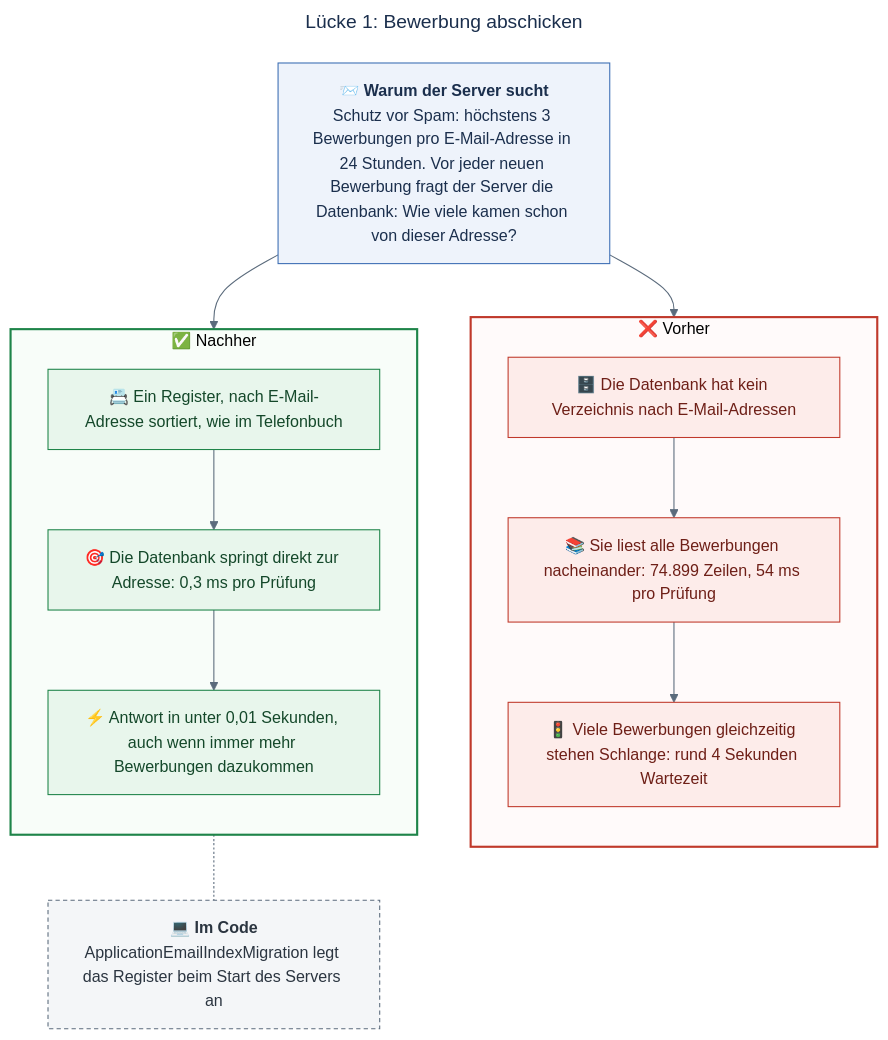
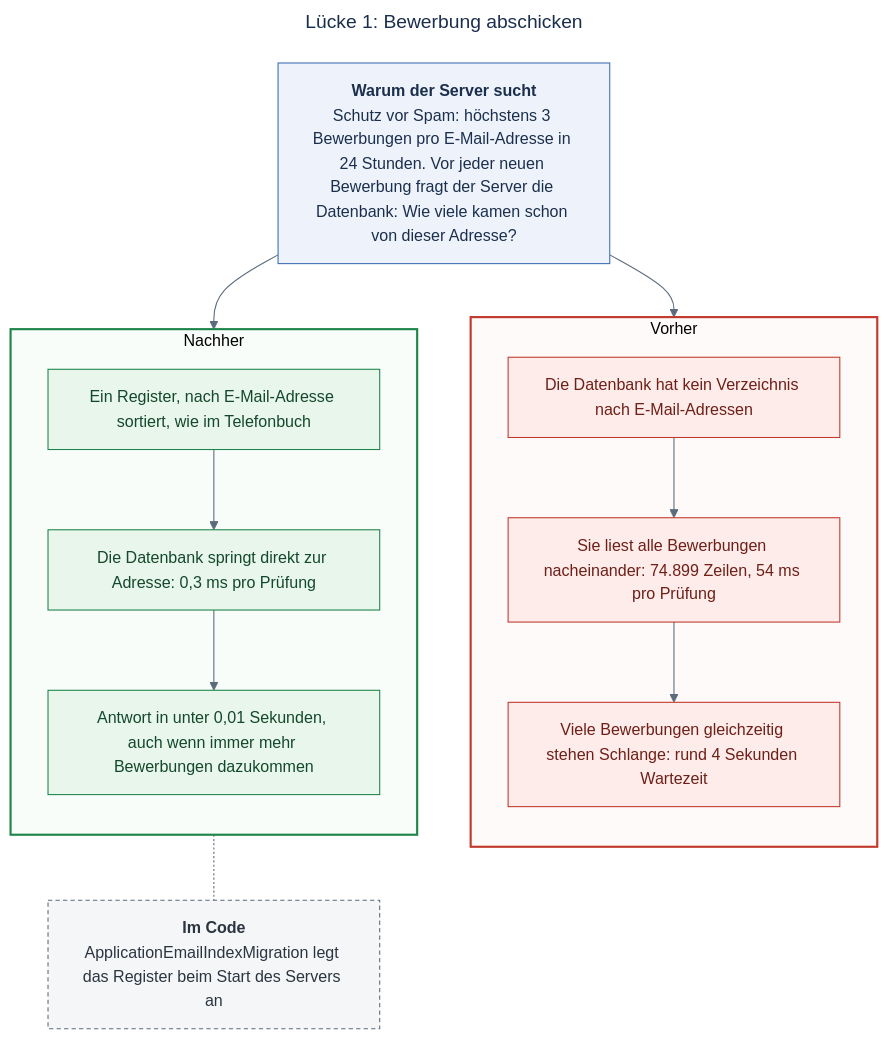
Before and after one commit to kamalshekho/design-thinking-workshop: the third of 5 diagrams in load-test/RESULTS.md, drawn with Mermaid. The commit also changed other lines of this file, not shown here.

Commit message:
docs(load-test): drop the icons from the diagrams

````diff
--- a/load-test/RESULTS.md
+++ b/load-test/RESULTS.md
@@ -114,44 +114,44 @@
 ```mermaid
 ---
 title: "Lücke 1: Bewerbung abschicken"
 config:
   theme: base
   themeVariables:
     fontSize: "15px"
     primaryColor: "#eef3fb"
     primaryBorderColor: "#3b6db3"
     primaryTextColor: "#1b2f4d"
     lineColor: "#5b6b7c"
     edgeLabelBackground: "#ffffff"
     clusterBkg: "#ffffff"
   flowchart:
     wrappingWidth: 250
     curve: basis
 ---
 flowchart TB
     %% Why the check exists, what went wrong, what changed, where it lives.
-    why["📨 <b>Warum der Server sucht</b><br/>Schutz vor Spam: höchstens 3 Bewerbungen pro E-Mail-Adresse in 24 Stunden. Vor jeder neuen Bewerbung fragt der Server die Datenbank: Wie viele kamen schon von dieser Adresse?"]
-    subgraph before["❌ Vorher"]
+    why["<b>Warum der Server sucht</b><br/>Schutz vor Spam: höchstens 3 Bewerbungen pro E-Mail-Adresse in 24 Stunden. Vor jeder neuen Bewerbung fragt der Server die Datenbank: Wie viele kamen schon von dieser Adresse?"]
+    subgraph before["Vorher"]
         direction TB
-        b1["🗄️ Die Datenbank hat kein Verzeichnis nach E-Mail-Adressen"] --> b2["📚 Sie liest alle Bewerbungen nacheinander: 74.899 Zeilen, 54 ms pro Prüfung"] --> b3["🚦 Viele Bewerbungen gleichzeitig stehen Schlange: rund 4 Sekunden Wartezeit"]
+        b1["Die Datenbank hat kein Verzeichnis nach E-Mail-Adressen"] --> b2["Sie liest alle Bewerbungen nacheinander: 74.899 Zeilen, 54 ms pro Prüfung"] --> b3["Viele Bewerbungen gleichzeitig stehen Schlange: rund 4 Sekunden Wartezeit"]
     end
-    subgraph after["✅ Nachher"]
+    subgraph after["Nachher"]
         direction TB
-        a1["📇 Ein Register, nach E-Mail-Adresse sortiert, wie im Telefonbuch"] --> a2["🎯 Die Datenbank springt direkt zur Adresse: 0,3 ms pro Prüfung"] --> a3["⚡ Antwort in unter 0,01 Sekunden, auch wenn immer mehr Bewerbungen dazukommen"]
+        a1["Ein Register, nach E-Mail-Adresse sortiert, wie im Telefonbuch"] --> a2["Die Datenbank springt direkt zur Adresse: 0,3 ms pro Prüfung"] --> a3["Antwort in unter 0,01 Sekunden, auch wenn immer mehr Bewerbungen dazukommen"]
     end
-    code["💻 <b>Im Code</b><br/>ApplicationEmailIndexMigration legt das Register beim Start des Servers an"]
+    code["<b>Im Code</b><br/>ApplicationEmailIndexMigration legt das Register beim Start des Servers an"]
     why --> before
     why --> after
     after -.- code
 
     classDef why fill:#eef3fb,stroke:#3b6db3,color:#1b2f4d
     classDef bad fill:#fdecea,stroke:#c0392b,color:#6e1f17
     classDef good fill:#e8f6ec,stroke:#1e8449,color:#14482a
     classDef code fill:#f4f6f8,stroke:#5b6b7c,color:#2b3540,stroke-dasharray:4 3
     class why why
     class b1,b2,b3 bad
     class a1,a2,a3 good
     class code code
     style before fill:#fffafa,stroke:#c0392b,stroke-width:2px
     style after fill:#f8fdf9,stroke:#1e8449,stroke-width:2px
 ```
````
